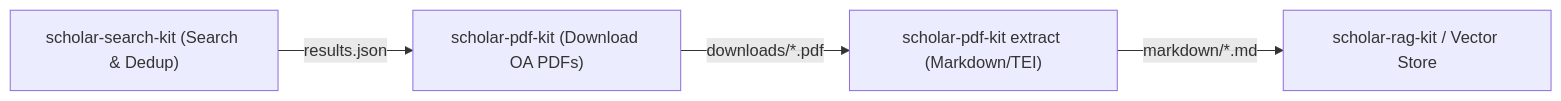
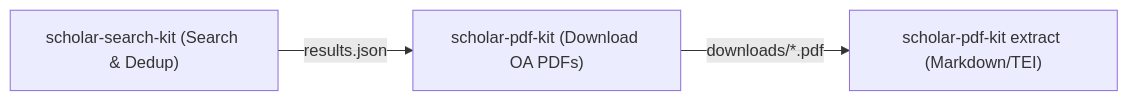
Before and after one commit to nexus-scholar-org/nexus-scholar-harness: the diagram in .agents/skills/scholar-pdf-kit/references/pipeline_integration.md, drawn with Mermaid. The commit also changed 196 other files, not shown here.

First line of the commit message:
chore(H-remove-rag-verify): delete scholar_rag and scholar_verify and their users

````diff
--- a/.agents/skills/scholar-pdf-kit/references/pipeline_integration.md
+++ b/.agents/skills/scholar-pdf-kit/references/pipeline_integration.md
@@ -15,6 +15,5 @@
 ```mermaid
 flowchart LR
     S["scholar-search-kit (Search & Dedup)"] -->|results.json| P["scholar-pdf-kit (Download OA PDFs)"]
     P -->|downloads/*.pdf| E["scholar-pdf-kit extract (Markdown/TEI)"]
-    E -->|markdown/*.md| R["scholar-rag-kit / Vector Store"]
 ```
````
